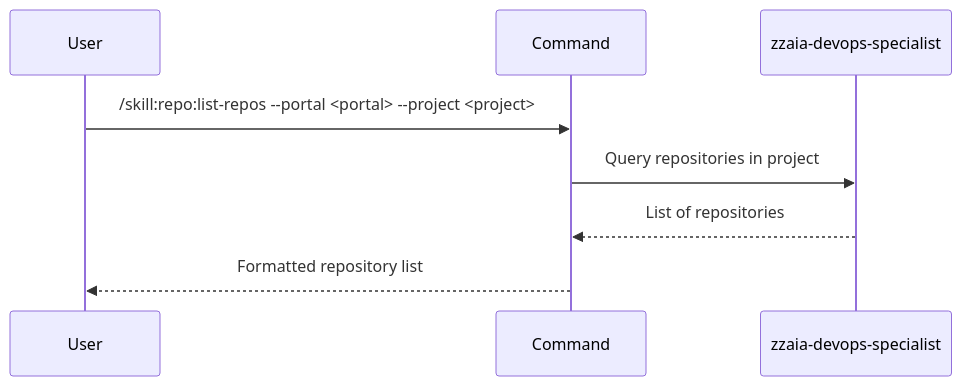
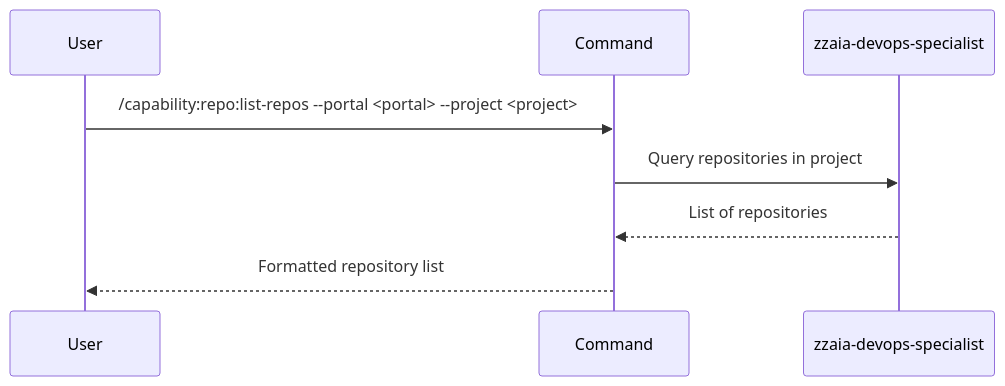
One commit to zzaia/zzaia-agentic-workspace changed the diagram in .claude/commands/behavior/devops/repo/list-repos/SKILL.md. Above: the diagram before and after it, drawn with Mermaid. The commit also changed other lines of this file and 106 other files, not shown here.

Commit message:
Change the skill layer to capability to avoid confusion between the skill pattern;

````diff
--- a/.claude/commands/behavior/devops/repo/list-repos/SKILL.md
+++ b/.claude/commands/behavior/devops/repo/list-repos/SKILL.md
@@ -41,11 +41,11 @@
 ```mermaid
 sequenceDiagram
     participant U as User
     participant C as Command
     participant A as zzaia-devops-specialist
 
-    U->>C: /skill:repo:list-repos --portal <portal> --project <project>
+    U->>C: /capability:repo:list-repos --portal <portal> --project <project>
     C->>A: Query repositories in project
     A-->>C: List of repositories
     C-->>U: Formatted repository list
 ```
````
